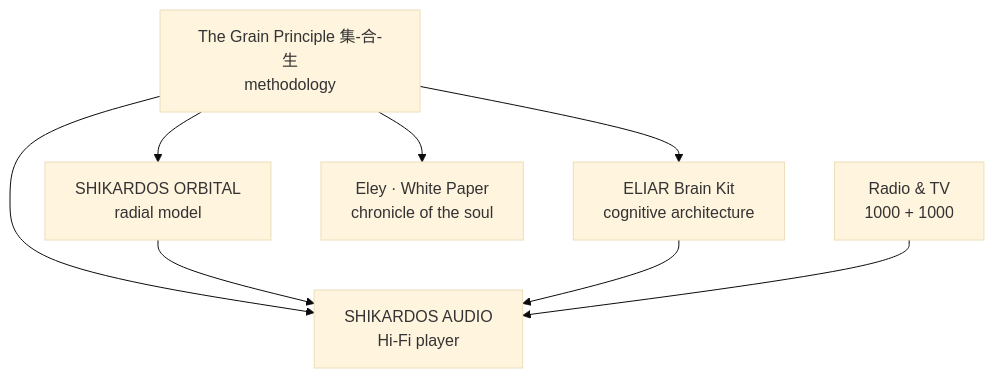
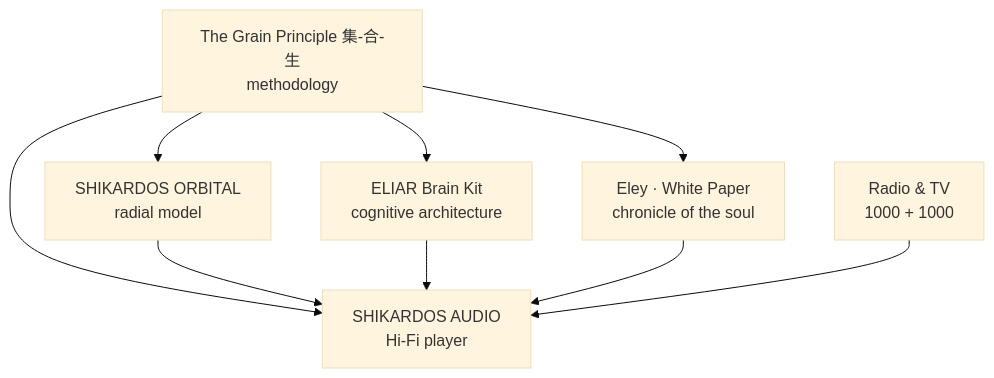
Before and after one commit to SHIKARDOS/shikardos: the diagram in README.md, drawn with Mermaid (base theme).

Commit message:
Link White Paper to the player

````diff
--- a/README.md
+++ b/README.md
@@ -6,10 +6,11 @@
 ```mermaid
 graph TD
     GRAIN[The Grain Principle 集-合-生<br>methodology] --> AUDIO[SHIKARDOS AUDIO<br>Hi-Fi player]
     GRAIN --> ORBITAL[SHIKARDOS ORBITAL<br>radial model]
     GRAIN --> ELIAR[ELIAR Brain Kit<br>cognitive architecture]
     GRAIN --> WHITE[Eley · White Paper<br>chronicle of the soul]
     ORBITAL --> AUDIO
     ELIAR --> AUDIO
+    WHITE --> AUDIO
     RADIO[Radio & TV<br>1000 + 1000] --> AUDIO
 ```
````
